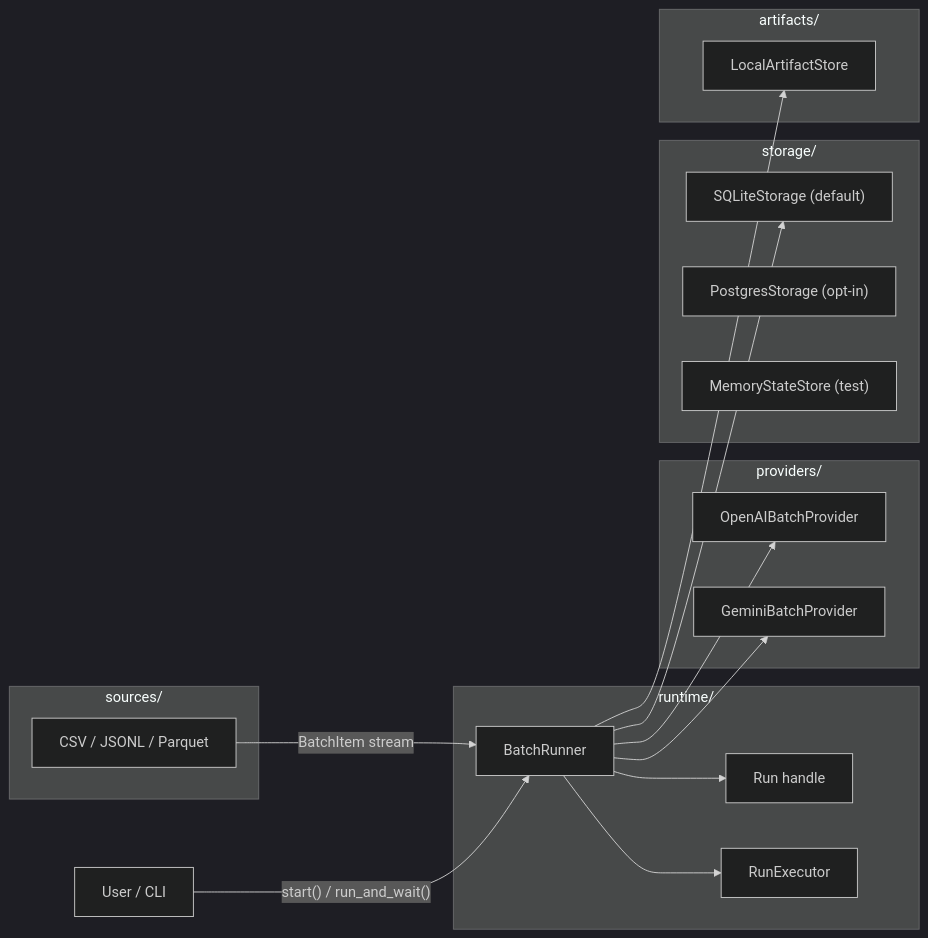
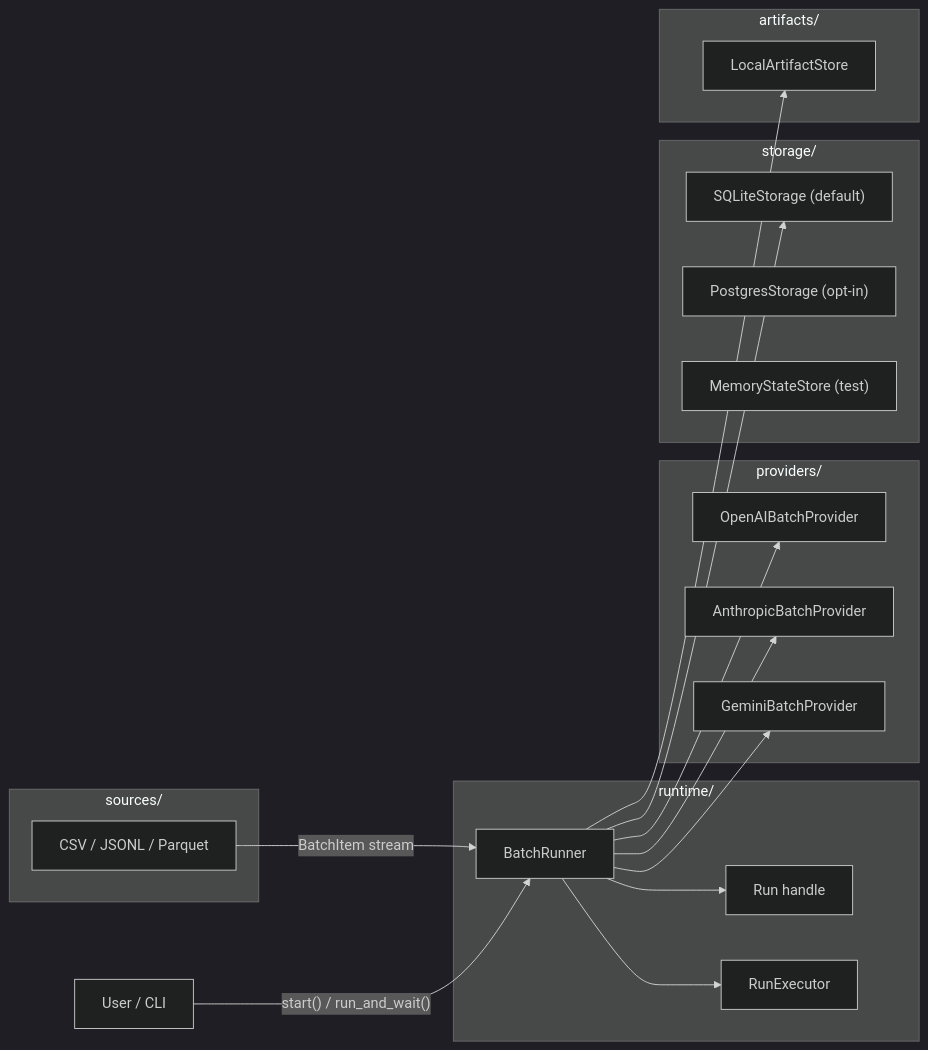
Before and after one commit to AnsonDev42/batchor: the first of 2 diagrams in README.md, drawn with Mermaid (dark theme). The commit also changed other lines of this file and 32 other files, not shown here.

````diff
--- a/README.md
+++ b/README.md
@@ -93,38 +94,40 @@
 ```mermaid
 graph LR
     User["User / CLI"]
 
     subgraph runtime["runtime/"]
         BatchRunner
         Run["Run handle"]
         Executor["RunExecutor"]
     end
 
     subgraph providers["providers/"]
         OpenAI["OpenAIBatchProvider"]
+        Anthropic["AnthropicBatchProvider"]
         Gemini["GeminiBatchProvider"]
     end
 
     subgraph sources["sources/"]
         Files["CSV / JSONL / Parquet"]
     end
 
     subgraph storage["storage/"]
         SQLite["SQLiteStorage (default)"]
         Postgres["PostgresStorage (opt-in)"]
         Memory["MemoryStateStore (test)"]
     end
 
     subgraph artifacts["artifacts/"]
         LocalFS["LocalArtifactStore"]
     end
 
     User -->|"start() / run_and_wait()"| BatchRunner
     BatchRunner --> Run
     BatchRunner --> Executor
     BatchRunner --> OpenAI
+    BatchRunner --> Anthropic
     BatchRunner --> Gemini
     BatchRunner --> SQLite
     BatchRunner --> LocalFS
     Files -->|"BatchItem stream"| BatchRunner
 ```
````
